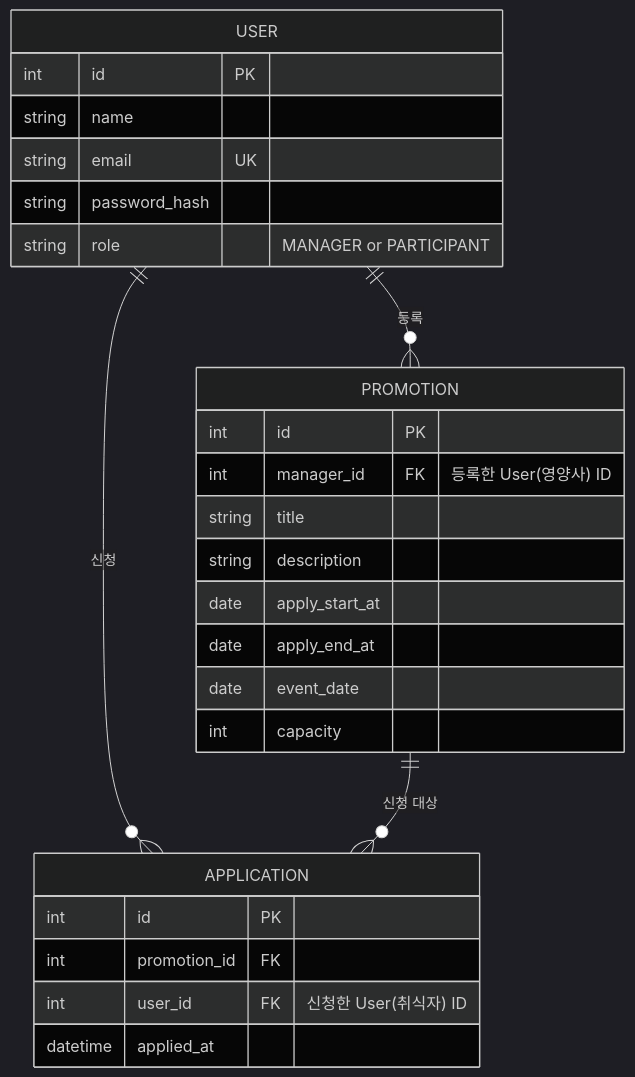
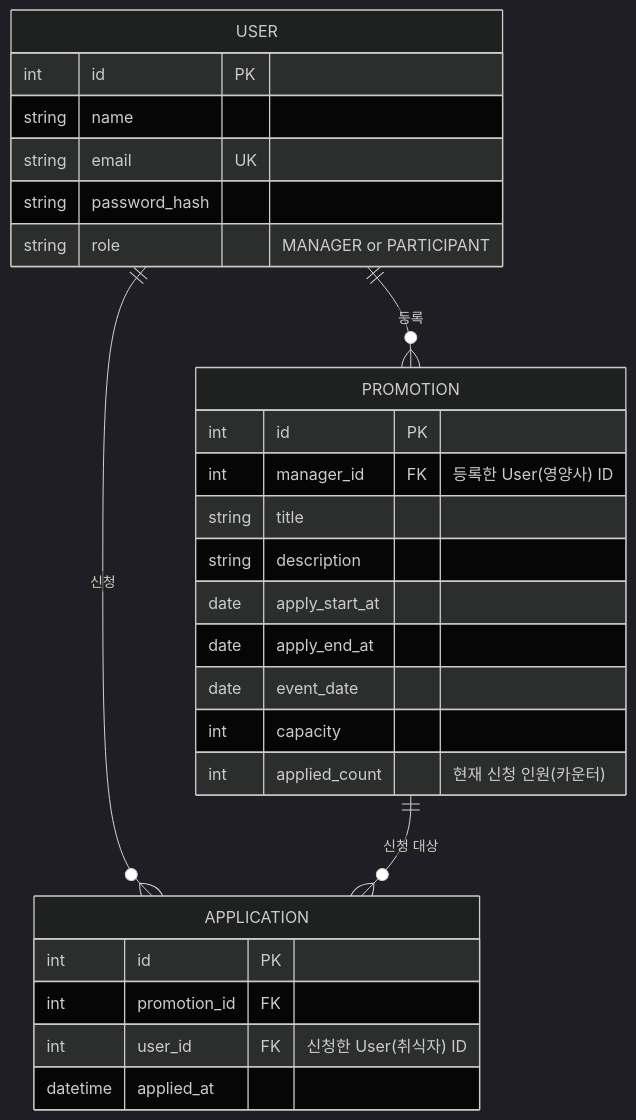
Before and after one commit to gyuwonchoe55-wq/b2b-promo: the diagram in doc/8-erd.md, drawn with Mermaid (dark theme). The commit also changed other lines of this file and 4 other files, not shown here.

````diff
--- a/doc/8-erd.md
+++ b/doc/8-erd.md
@@ -7,32 +7,33 @@
 ```mermaid
 erDiagram
     USER ||--o{ PROMOTION : "등록"
     USER ||--o{ APPLICATION : "신청"
     PROMOTION ||--o{ APPLICATION : "신청 대상"
 
     USER {
         int id PK
         string name
         string email UK
         string password_hash
         string role "MANAGER or PARTICIPANT"
     }
 
     PROMOTION {
         int id PK
         int manager_id FK "등록한 User(영양사) ID"
         string title
         string description
         date apply_start_at
         date apply_end_at
         date event_date
         int capacity
+        int applied_count "현재 신청 인원(카운터)"
     }
 
     APPLICATION {
         int id PK
         int promotion_id FK
         int user_id FK "신청한 User(취식자) ID"
         datetime applied_at
     }
 ```
````
